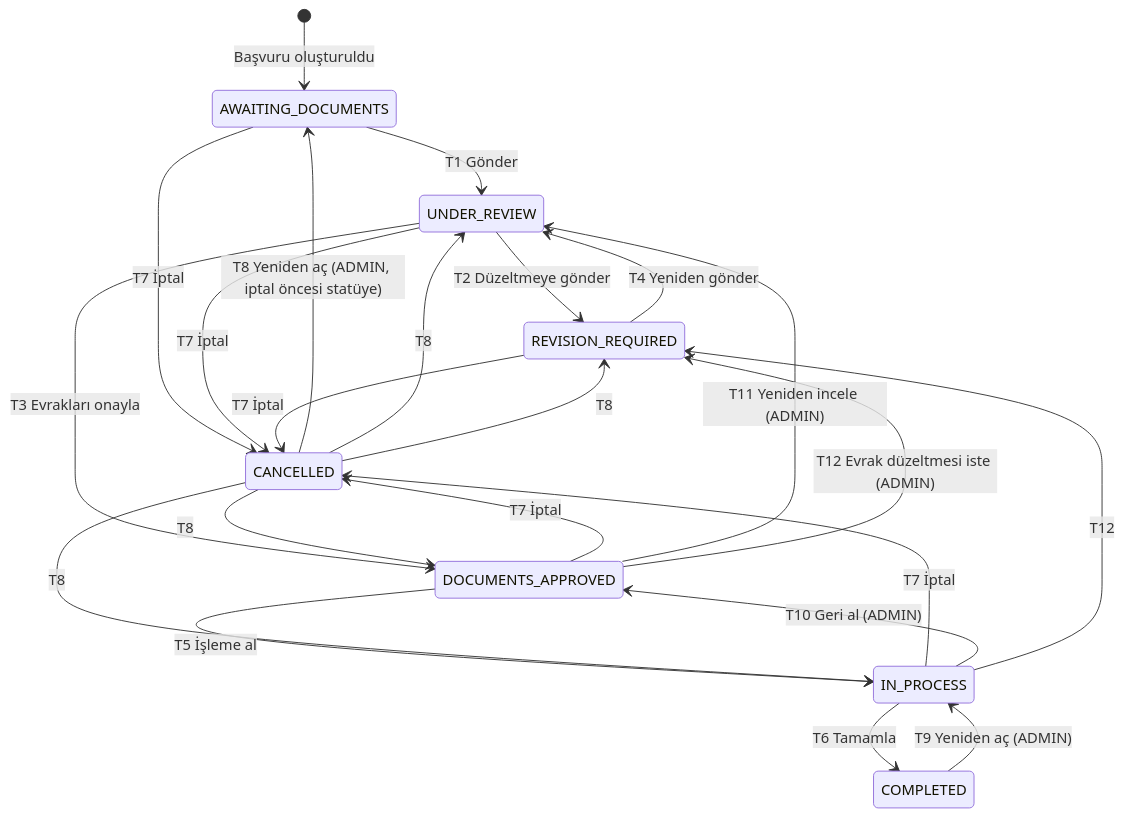
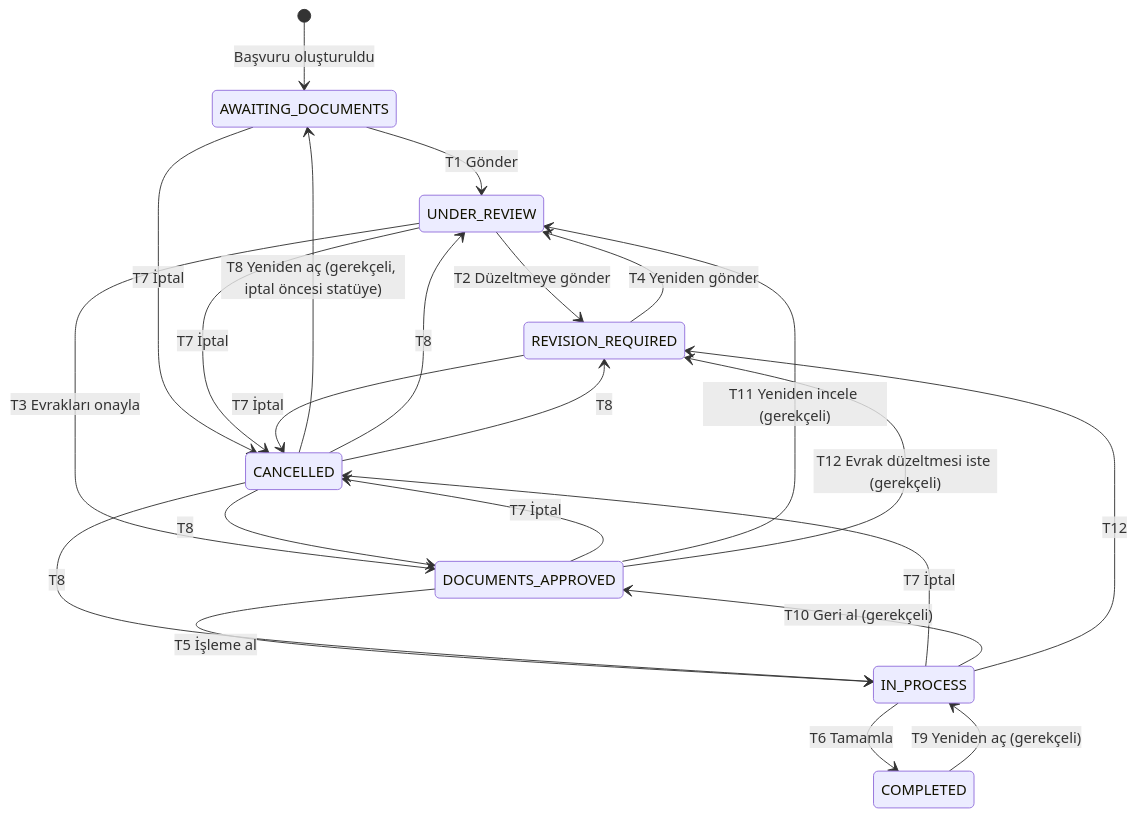
The first of 3 diagrams in docs/STATE_TRANSITIONS.md (gokturkdogan/Cs-Global-Panel), drawn with Mermaid before and after one commit. The commit also changed other lines of this file and 107 other files, not shown here.

````diff
--- a/docs/STATE_TRANSITIONS.md
+++ b/docs/STATE_TRANSITIONS.md
@@ -25,25 +25,25 @@
 ```mermaid
 stateDiagram-v2
     [*] --> AWAITING_DOCUMENTS: Başvuru oluşturuldu
     AWAITING_DOCUMENTS --> UNDER_REVIEW: T1 Gönder
     UNDER_REVIEW --> REVISION_REQUIRED: T2 Düzeltmeye gönder
     UNDER_REVIEW --> DOCUMENTS_APPROVED: T3 Evrakları onayla
     REVISION_REQUIRED --> UNDER_REVIEW: T4 Yeniden gönder
     DOCUMENTS_APPROVED --> IN_PROCESS: T5 İşleme al
     IN_PROCESS --> COMPLETED: T6 Tamamla
     AWAITING_DOCUMENTS --> CANCELLED: T7 İptal
     UNDER_REVIEW --> CANCELLED: T7 İptal
     REVISION_REQUIRED --> CANCELLED: T7 İptal
     DOCUMENTS_APPROVED --> CANCELLED: T7 İptal
     IN_PROCESS --> CANCELLED: T7 İptal
-    CANCELLED --> AWAITING_DOCUMENTS: T8 Yeniden aç (ADMIN, iptal öncesi statüye)
+    CANCELLED --> AWAITING_DOCUMENTS: T8 Yeniden aç (gerekçeli, iptal öncesi statüye)
     CANCELLED --> UNDER_REVIEW: T8
     CANCELLED --> REVISION_REQUIRED: T8
     CANCELLED --> DOCUMENTS_APPROVED: T8
     CANCELLED --> IN_PROCESS: T8
-    COMPLETED --> IN_PROCESS: T9 Yeniden aç (ADMIN)
-    IN_PROCESS --> DOCUMENTS_APPROVED: T10 Geri al (ADMIN)
-    DOCUMENTS_APPROVED --> UNDER_REVIEW: T11 Yeniden incele (ADMIN)
-    DOCUMENTS_APPROVED --> REVISION_REQUIRED: T12 Evrak düzeltmesi iste (ADMIN)
+    COMPLETED --> IN_PROCESS: T9 Yeniden aç (gerekçeli)
+    IN_PROCESS --> DOCUMENTS_APPROVED: T10 Geri al (gerekçeli)
+    DOCUMENTS_APPROVED --> UNDER_REVIEW: T11 Yeniden incele (gerekçeli)
+    DOCUMENTS_APPROVED --> REVISION_REQUIRED: T12 Evrak düzeltmesi iste (gerekçeli)
     IN_PROCESS --> REVISION_REQUIRED: T12
 ```
````
